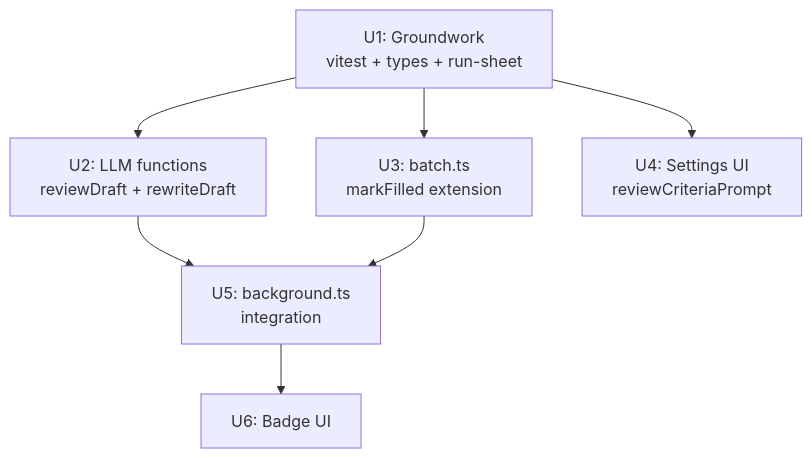
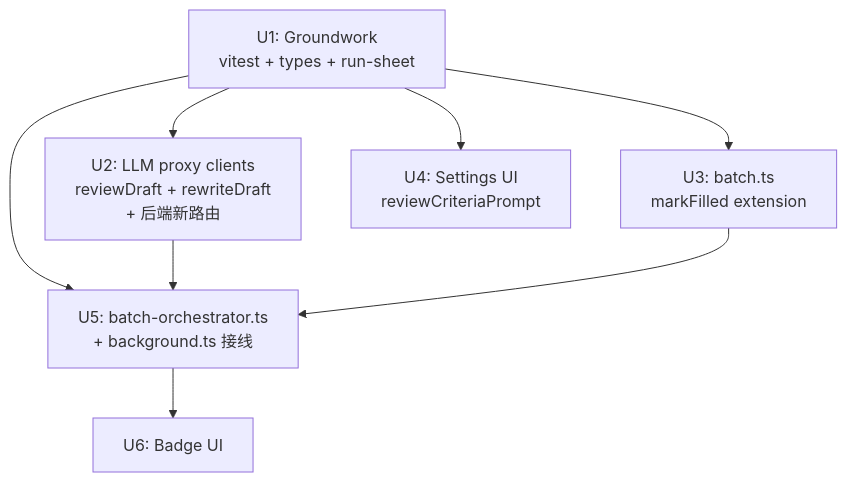
Before and after one commit to redredchen02-rgb/51publisher: the diagram in docs/plans/2026-06-11-001-feat-phase3-quality-engine-plan.md, drawn with Mermaid. The commit also changed other lines of this file, not shown here.

````diff
--- a/docs/plans/2026-06-11-001-feat-phase3-quality-engine-plan.md
+++ b/docs/plans/2026-06-11-001-feat-phase3-quality-engine-plan.md
@@ -127,16 +127,17 @@
 ```mermaid
 graph TB
   U1[U1: Groundwork\nvitest + types + run-sheet]
-  U2[U2: LLM functions\nreviewDraft + rewriteDraft]
+  U2[U2: LLM proxy clients\nreviewDraft + rewriteDraft\n+ 后端新路由]
   U3[U3: batch.ts\nmarkFilled extension]
   U4[U4: Settings UI\nreviewCriteriaPrompt]
-  U5[U5: background.ts\nintegration]
+  U5[U5: batch-orchestrator.ts\n+ background.ts 接线]
   U6[U6: Badge UI]
 
   U1 --> U2
   U1 --> U3
   U1 --> U4
+  U1 --> U5
   U2 --> U5
   U3 --> U5
   U5 --> U6
 ```
````
